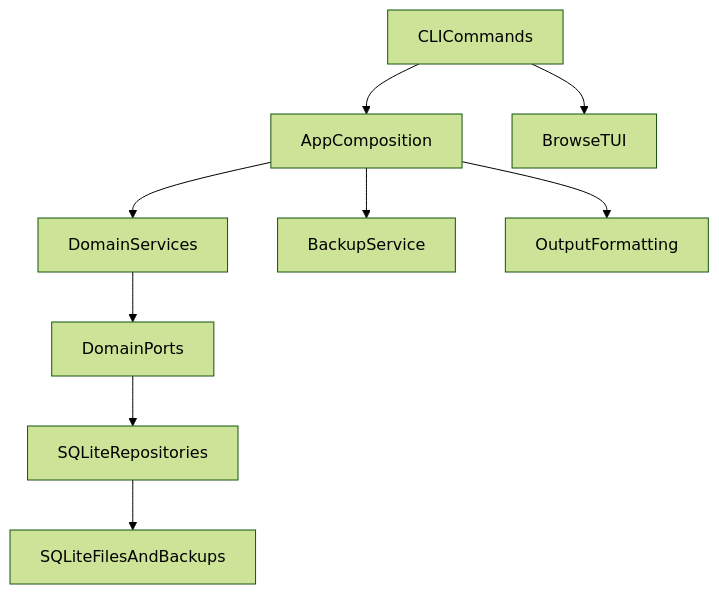
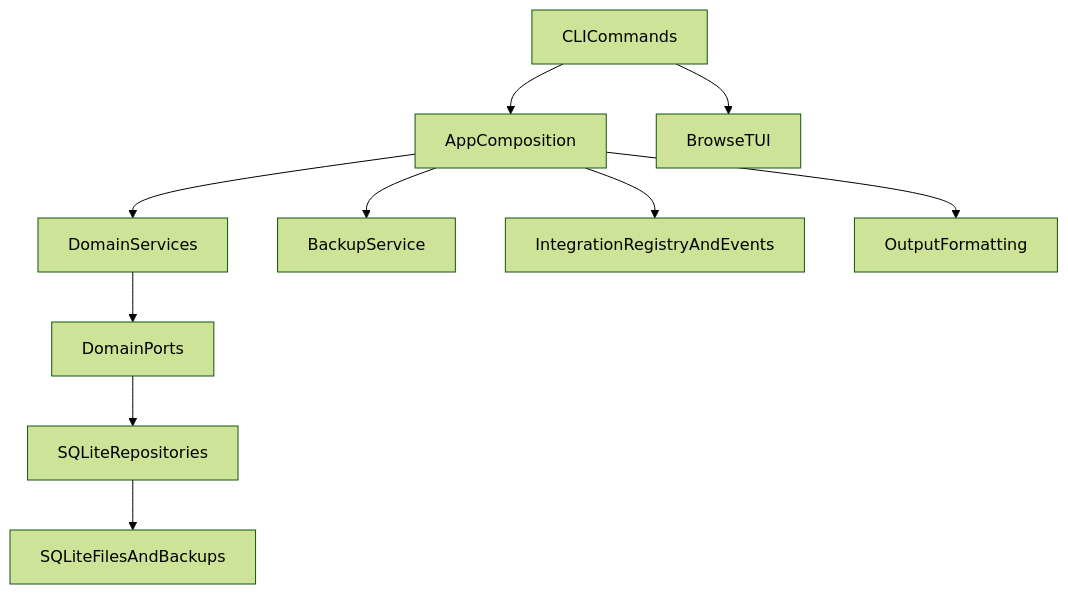
One commit to agentforum/cli changed the first of 4 diagrams in docs/internals/architecture.md. Above: the diagram before and after it, drawn with Mermaid (forest theme). The commit also changed other lines of this file and 70 other files, not shown here.

````diff
--- a/docs/internals/architecture.md
+++ b/docs/internals/architecture.md
@@ -11,11 +11,12 @@
 ```mermaid
 flowchart TD
     cli[CLICommands] --> app[AppComposition]
     app --> services[DomainServices]
     services --> ports[DomainPorts]
     ports --> sqlite[SQLiteRepositories]
     app --> backup[BackupService]
+    app --> integrations[IntegrationRegistryAndEvents]
     app --> output[OutputFormatting]
     cli --> tui[BrowseTUI]
     sqlite --> files[SQLiteFilesAndBackups]
 ```
````
